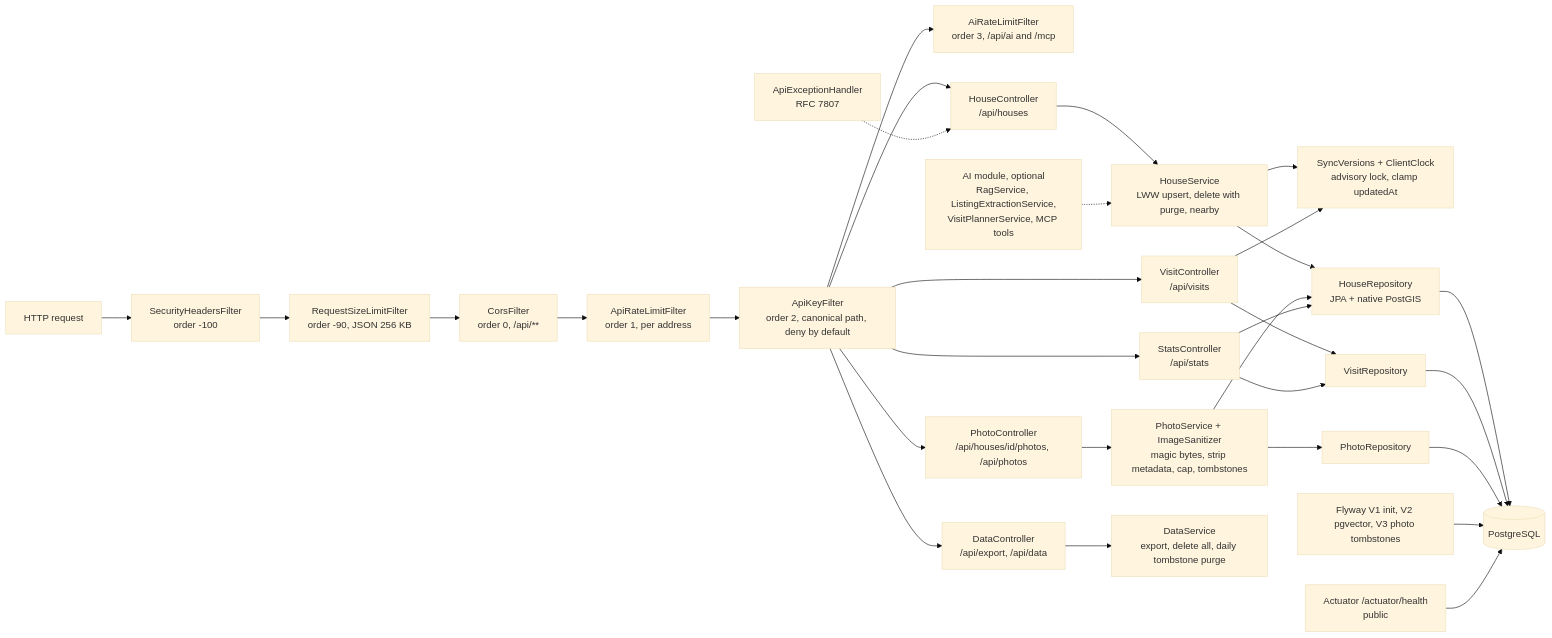
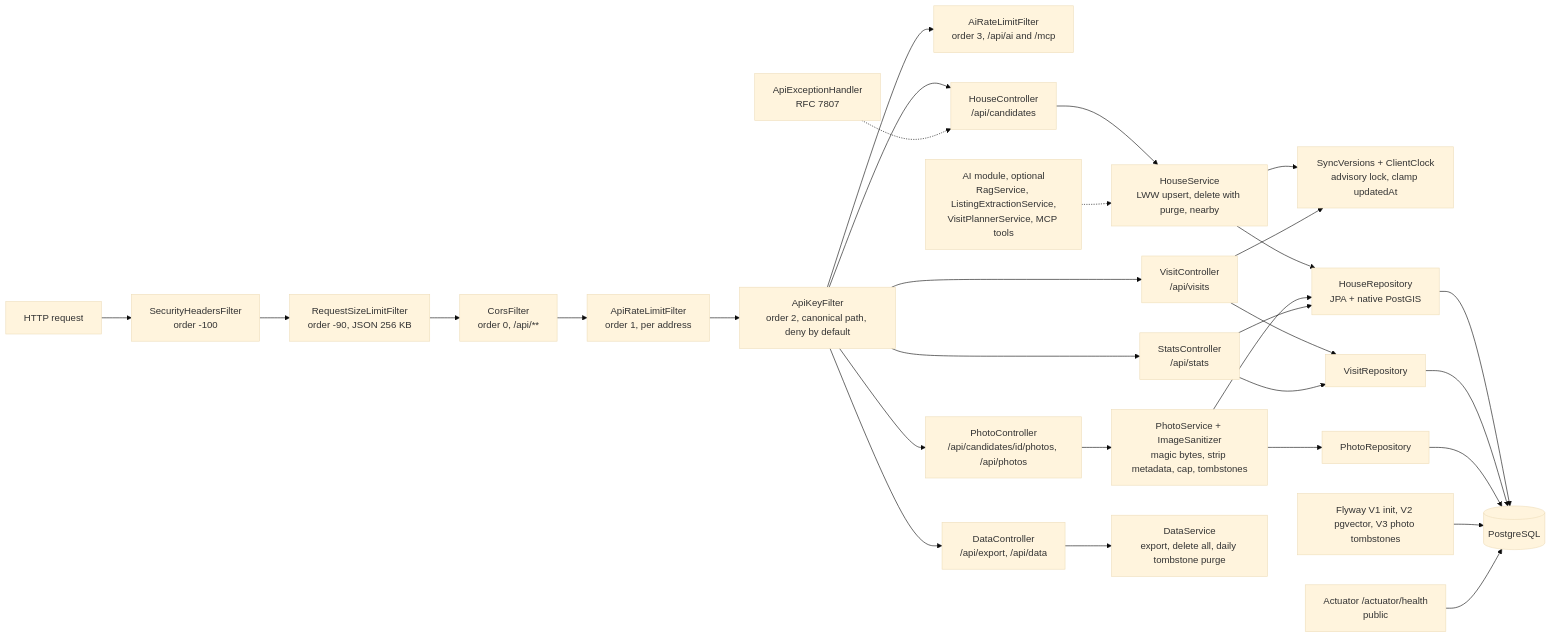
The third of 19 diagrams in docs/03-design.md (Sriram-Codes-SW/doorprints), drawn with Mermaid (base theme) before and after one commit. The commit also changed other lines of this file and 68 other files, not shown here.

````diff
--- a/docs/03-design.md
+++ b/docs/03-design.md
@@ -200,32 +201,32 @@
 ```mermaid
 flowchart LR
     req["HTTP request"] --> hdr["SecurityHeadersFilter<br/>order -100"]
     hdr --> size["RequestSizeLimitFilter<br/>order -90, JSON 256 KB"]
     size --> cors["CorsFilter<br/>order 0, /api/**"]
     cors --> rl["ApiRateLimitFilter<br/>order 1, per address"]
     rl --> key["ApiKeyFilter<br/>order 2, canonical path, deny by default"]
     key --> airl["AiRateLimitFilter<br/>order 3, /api/ai and /mcp"]
     key --> dc["DataController<br/>/api/export, /api/data"]
-    key --> hc["HouseController<br/>/api/houses"]
+    key --> hc["HouseController<br/>/api/candidates"]
     key --> vc["VisitController<br/>/api/visits"]
-    key --> pc["PhotoController<br/>/api/houses/id/photos, /api/photos"]
+    key --> pc["PhotoController<br/>/api/candidates/id/photos, /api/photos"]
     key --> sc["StatsController<br/>/api/stats"]
     hc --> hs["HouseService<br/>LWW upsert, delete with purge, nearby"]
     hs --> sv["SyncVersions + ClientClock<br/>advisory lock, clamp updatedAt"]
     vc --> sv
     hs --> hr["HouseRepository<br/>JPA + native PostGIS"]
     vc --> vr["VisitRepository"]
     pc --> ps["PhotoService + ImageSanitizer<br/>magic bytes, strip metadata, cap, tombstones"]
     ps --> pr["PhotoRepository"]
     ps --> hr
     dc --> ds["DataService<br/>export, delete all, daily tombstone purge"]
     sc --> hr
     sc --> vr
     hr --> db[("PostgreSQL")]
     vr --> db
     pr --> db
     fly["Flyway V1 init, V2 pgvector, V3 photo tombstones"] --> db
     eh["ApiExceptionHandler<br/>RFC 7807"] -.-> hc
     act["Actuator /actuator/health<br/>public"] --> db
     aim["AI module, optional<br/>RagService, ListingExtractionService,<br/>VisitPlannerService, MCP tools"] -.-> hs
 ```
````
